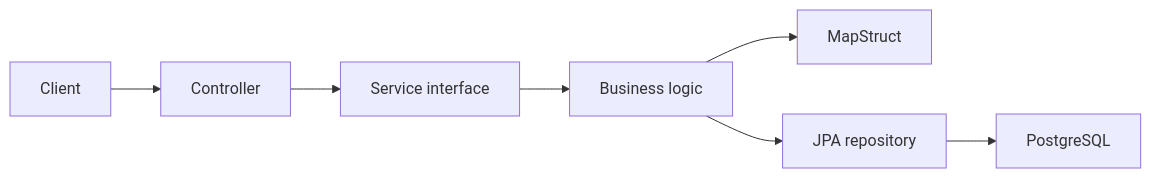
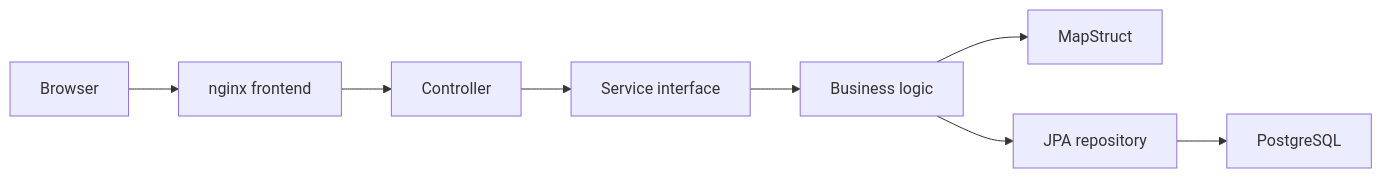
Before and after one commit to monael6/swen3_semesterproject: the diagram in README.md, drawn with Mermaid. The commit also changed other lines of this file and 4 other files, not shown here.

Commit message:
Frontend-Container mit nginx integrieren

````diff
--- a/README.md
+++ b/README.md
@@ -137,9 +161,10 @@
 ```mermaid
 flowchart LR
-    Client --> Controller
+    Browser --> Nginx[nginx frontend]
+    Nginx --> Controller
     Controller --> Service[Service interface]
     Service --> ServiceImpl[Business logic]
     ServiceImpl --> Mapper[MapStruct]
     ServiceImpl --> Repository[JPA repository]
     Repository --> PostgreSQL
 ```
````
